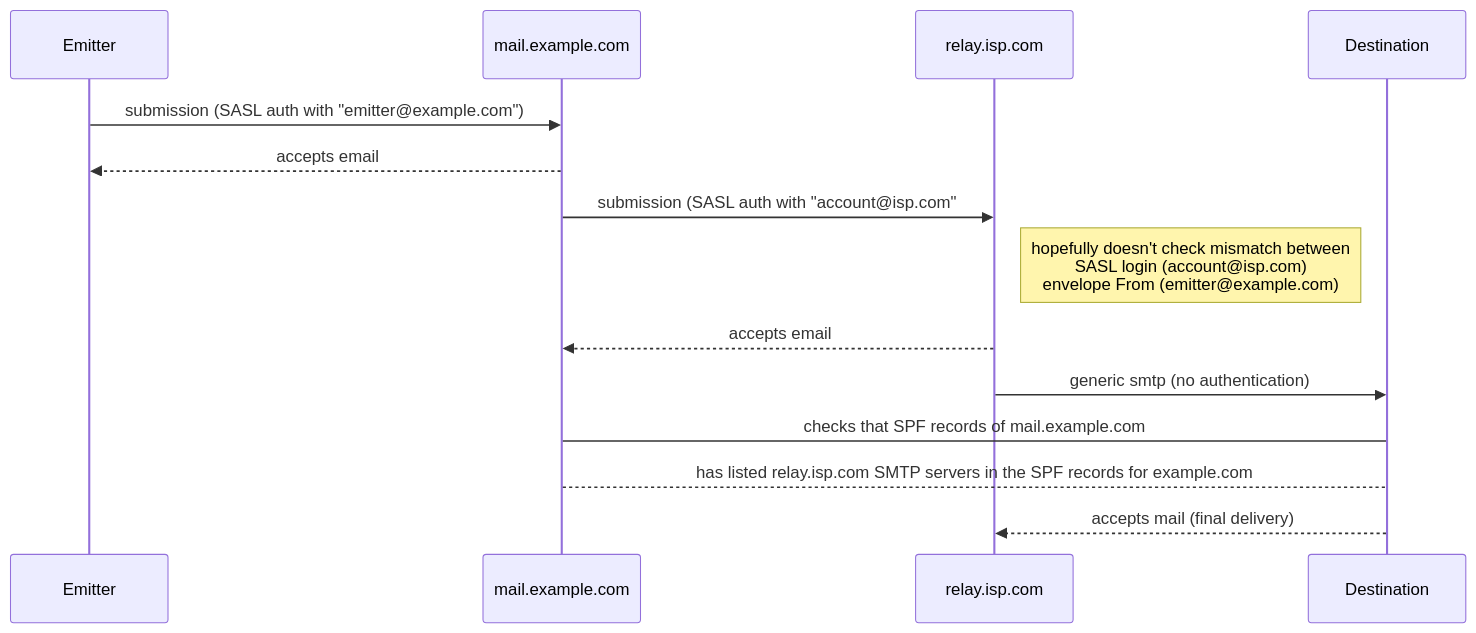
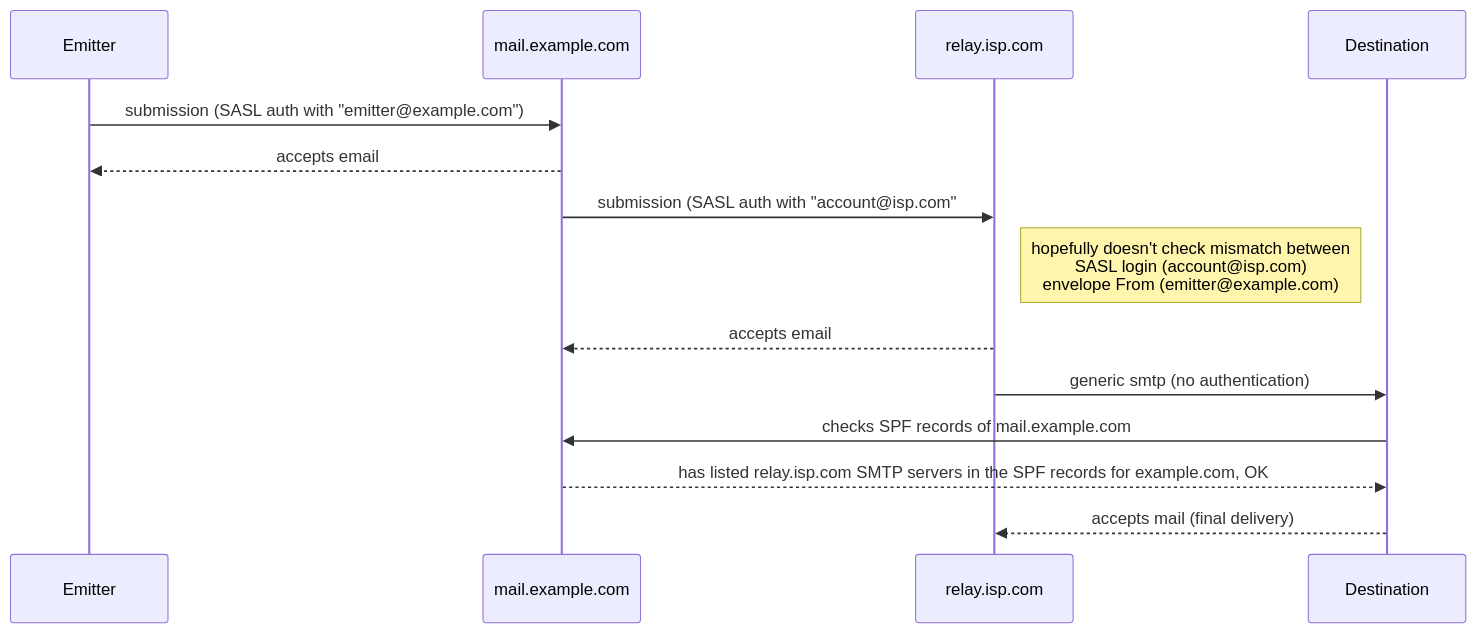
The first of 3 diagrams in docs/postfix-graphics.md (jcdubacq/jcdubacq.github.io), drawn with Mermaid before and after one commit. The commit also changed other lines of this file and 1 other file, not shown here.

````diff
--- a/docs/postfix-graphics.md
+++ b/docs/postfix-graphics.md
@@ -8,16 +9,16 @@
 ```mermaid
 sequenceDiagram
     participant Emitter
     participant mail.example.com
     participant relay.isp.com
     participant Destination
     Emitter->>mail.example.com: submission (SASL auth with "emitter@example.com")
     mail.example.com-->>Emitter: accepts email
     mail.example.com->>relay.isp.com: submission (SASL auth with "account@isp.com"
     Note right of relay.isp.com: hopefully doesn't check mismatch between<br/>SASL login (account@isp.com)<br/>envelope From (emitter@example.com)
     relay.isp.com-->>mail.example.com: accepts email
     relay.isp.com->>Destination: generic smtp (no authentication)
-    Destination->mail.example.com: checks that SPF records of mail.example.com
-    mail.example.com-->Destination: has listed relay.isp.com SMTP servers in the SPF records for example.com
+    Destination->>mail.example.com: checks SPF records of mail.example.com
+    mail.example.com-->>Destination: has listed relay.isp.com SMTP servers in the SPF records for example.com, OK
     Destination-->>relay.isp.com: accepts mail (final delivery)
 ```
````
